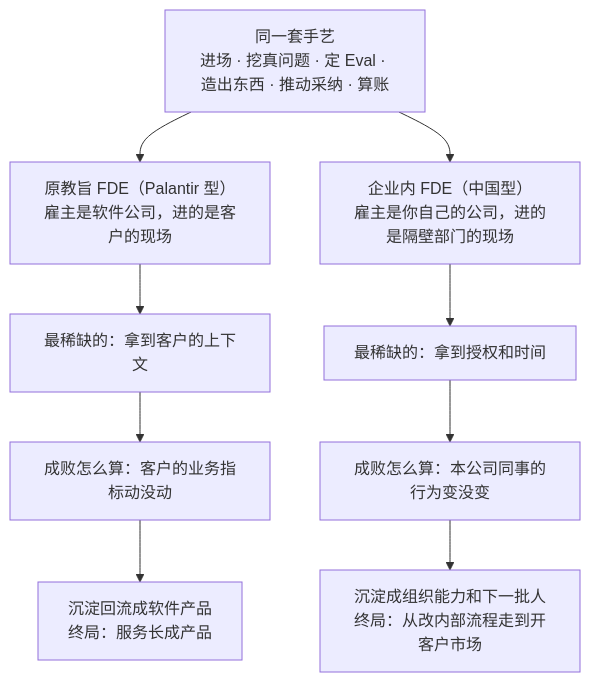
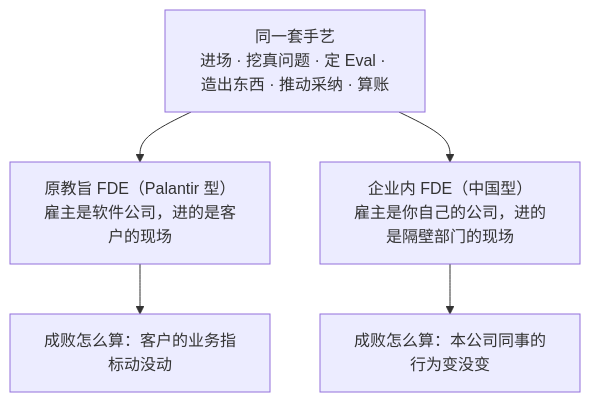
The diagram in book/第01章-都买了AI的公司为什么还是没变.md (ai-alchemy-lab/fde-arsenal), drawn with Mermaid before and after one commit. The commit also changed other lines of this file and 8 other files, not shown here.

````diff
--- a/book/第01章-都买了AI的公司为什么还是没变.md
+++ b/book/第01章-都买了AI的公司为什么还是没变.md
@@ -114,12 +94,8 @@
 ```mermaid
 flowchart TD
   H["同一套手艺<br/>进场 · 挖真问题 · 定 Eval · 造出东西 · 推动采纳 · 算账"]
   H --> L["原教旨 FDE（Palantir 型）<br/>雇主是软件公司，进的是客户的现场"]
   H --> R["企业内 FDE（中国型）<br/>雇主是你自己的公司，进的是隔壁部门的现场"]
-  L --> L1["最稀缺的：拿到客户的上下文"]
-  R --> R1["最稀缺的：拿到授权和时间"]
-  L1 --> L2["成败怎么算：客户的业务指标动没动"]
-  R1 --> R2["成败怎么算：本公司同事的行为变没变"]
-  L2 --> L3["沉淀回流成软件产品<br/>终局：服务长成产品"]
-  R2 --> R3["沉淀成组织能力和下一批人<br/>终局：从改内部流程走到开客户市场"]
+  L --> L2["成败怎么算：客户的业务指标动没动"]
+  R --> R2["成败怎么算：本公司同事的行为变没变"]
 ```
````
